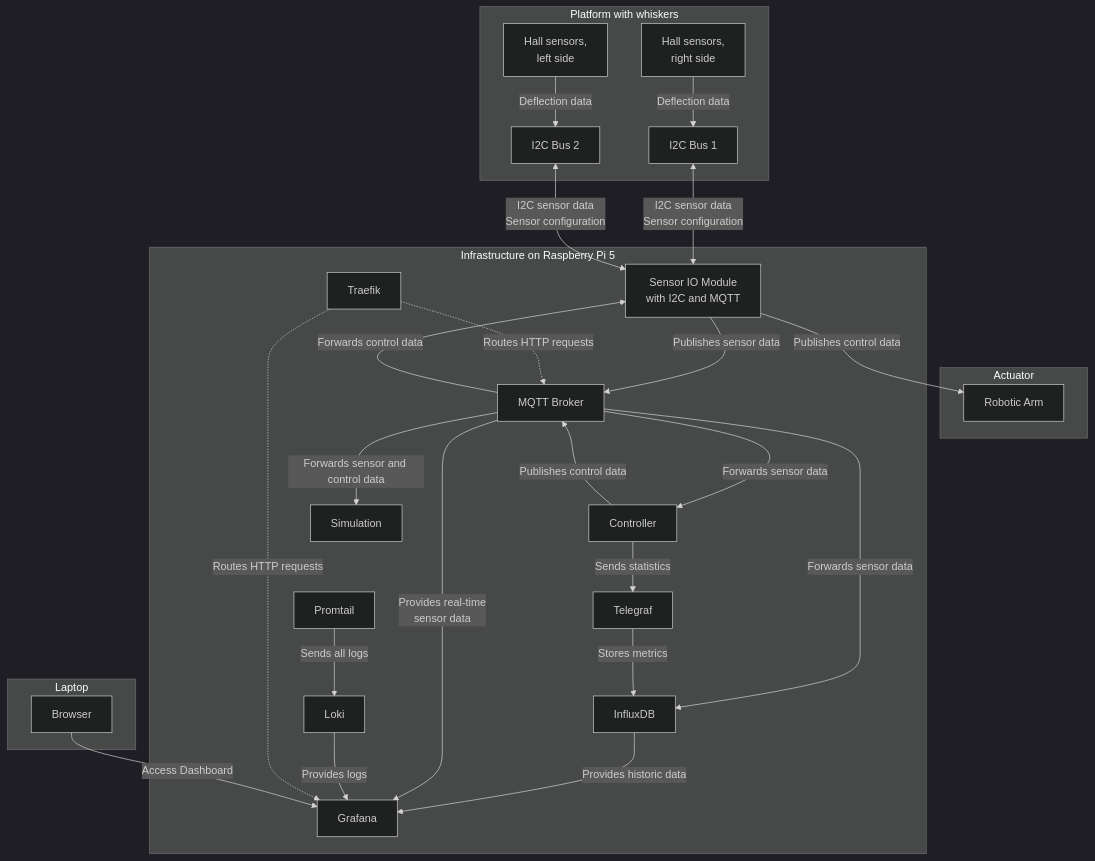
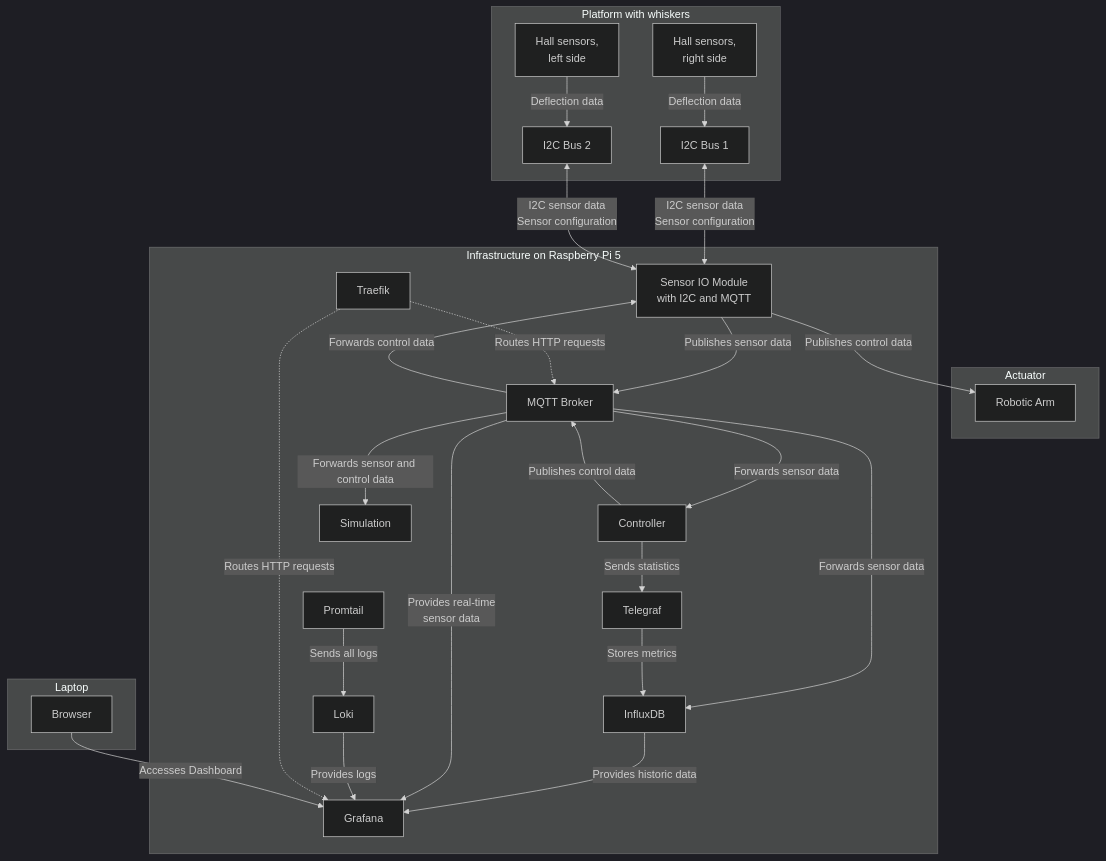
Before and after one commit to SVDouble/RatteChan: the diagram in thesis/figures/services.mmd, drawn with Mermaid (dark theme). The commit also changed 12 other files, not shown here.

```diff
--- a/thesis/figures/services.mmd
+++ b/thesis/figures/services.mmd
@@ -1,50 +1,50 @@
 graph TD;
     subgraph Platform with whiskers
         W1[Hall sensors,<br>left side]
         W2[Hall sensors,<br>right side]
         B1[I2C Bus 1]
         B2[I2C Bus 2]
     end
 
     subgraph Actuator
         R[Robotic Arm]
     end
 
     subgraph Laptop
         BR[Browser]
     end
 
     subgraph Infrastructure on Raspberry Pi 5
         S[Sensor IO Module<br>with I2C and MQTT]
         C[Controller]
         M[MQTT Broker]
         T[Telegraf]
         I[InfluxDB]
         G[Grafana]
         P[Promtail]
         L[Loki]
         X[Traefik]
         J[Simulation]
     end
 
     W1 -->|Deflection data| B2
     W2 -->|Deflection data| B1
 
     B1 <-->|I2C sensor data<br>Sensor configuration| S
     B2 <-->|I2C sensor data<br>Sensor configuration| S
     S -->|Publishes sensor data| M
     S -->|Publishes control data| R
     M -->|Forwards control data| S
     M -->|Forwards sensor data| C
     M -->|Forwards sensor data| I
     C -->|Publishes control data| M
     C -->|Sends statistics| T
     M -->|Forwards sensor and control data| J
     T -->|Stores metrics| I
     I -->|Provides historic data| G
     M -->|Provides real-time<br>sensor data| G
     P -->|Sends all logs| L
     L -->|Provides logs| G
     X -.->|Routes HTTP requests| G
     X -.->|Routes HTTP requests| M
-    BR -->|Access Dashboard| G
+    BR -->|Accesses Dashboard| G
```
